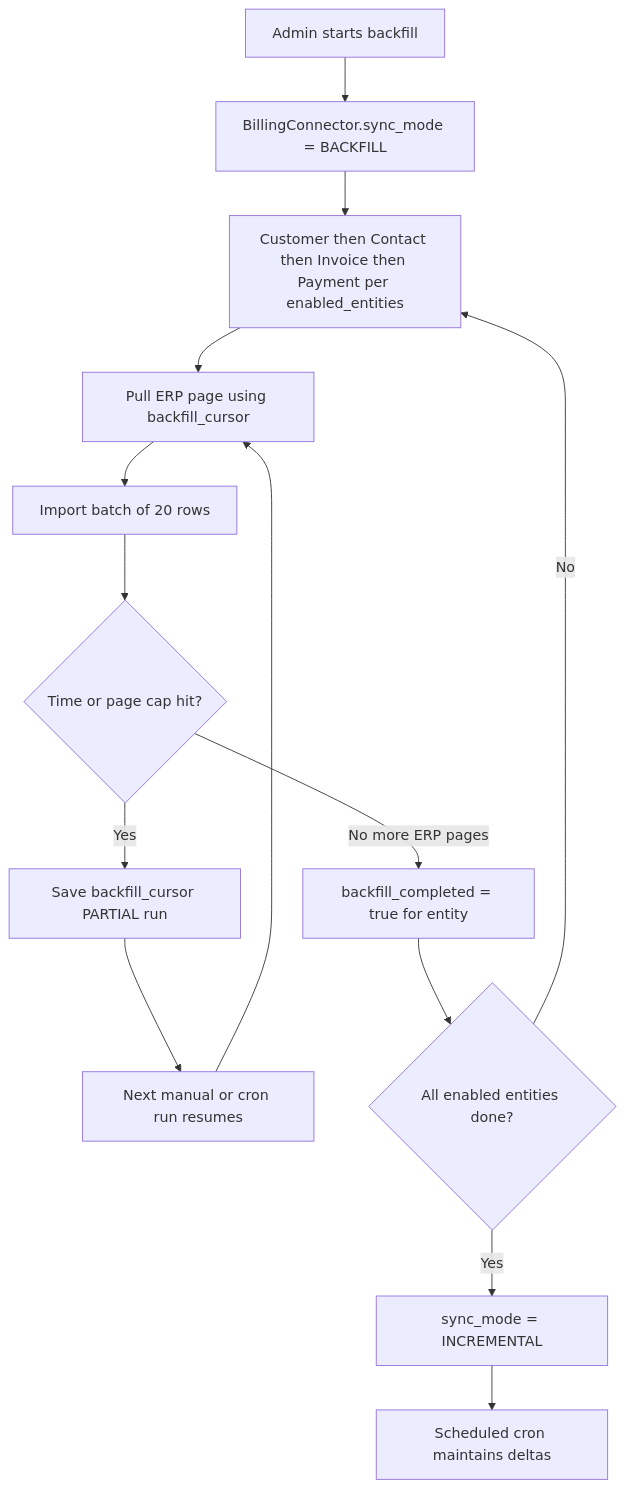
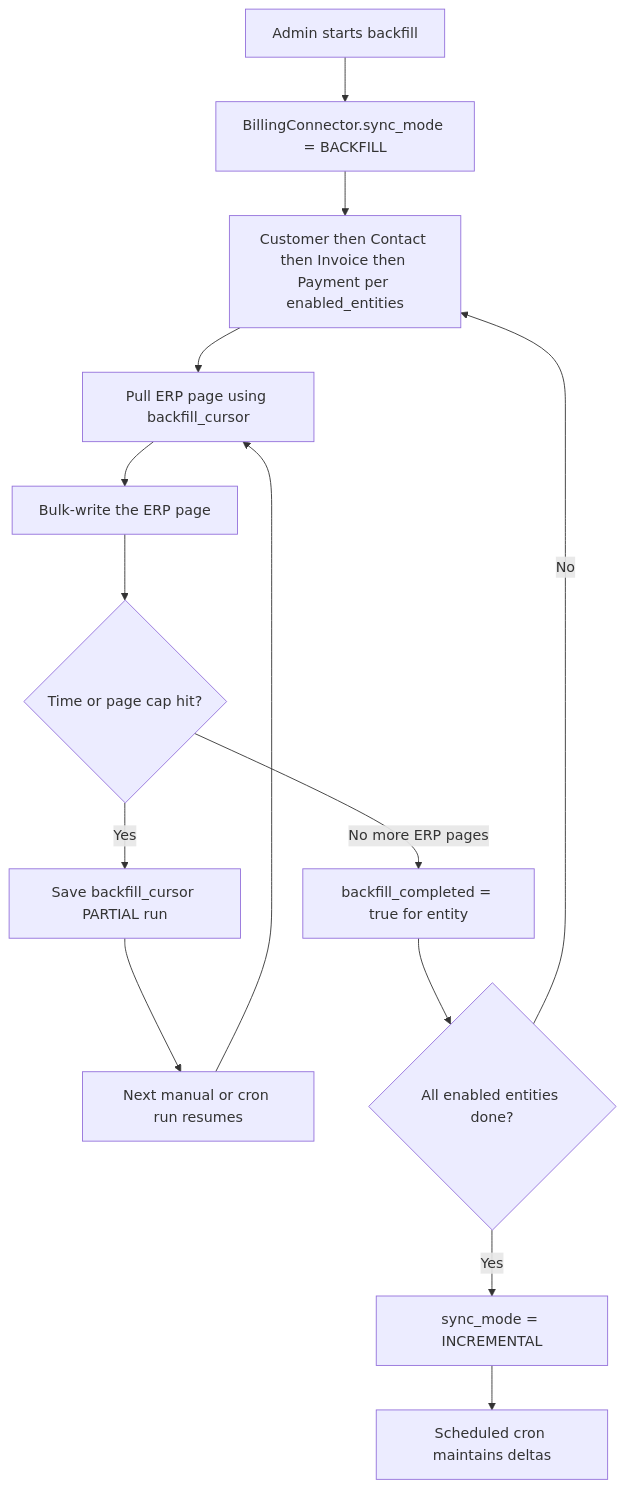
One commit to archaser-support/archaser-backend changed the third of 5 diagrams in .cursor/plans/erp_billing_connector_22321e7a.plan.md. Above: the diagram before and after it, drawn with Mermaid. The commit also changed other lines of this file and 89 other files, not shown here.

First line of the commit message:
feat: support custom Priority table pulls and bulk connector import

````diff
--- a/.cursor/plans/erp_billing_connector_22321e7a.plan.md
+++ b/.cursor/plans/erp_billing_connector_22321e7a.plan.md
@@ -864,16 +911,16 @@
 ```mermaid
 flowchart TD
   Start[Admin starts backfill] --> ModeBACKFILL[BillingConnector.sync_mode = BACKFILL]
   ModeBACKFILL --> EntityOrder[Customer then Contact then Invoice then Payment per enabled_entities]
   EntityOrder --> PullPage[Pull ERP page using backfill_cursor]
-  PullPage --> ImportBatch[Import batch of 20 rows]
+  PullPage --> ImportBatch[Bulk-write the ERP page]
   ImportBatch --> Cap{Time or page cap hit?}
   Cap -->|Yes| SaveCursor[Save backfill_cursor PARTIAL run]
   SaveCursor --> Resume[Next manual or cron run resumes]
   Cap -->|No more ERP pages| EntityDone[backfill_completed = true for entity]
   EntityDone --> AllDone{All enabled entities done?}
   AllDone -->|No| EntityOrder
   AllDone -->|Yes| ModeINCR[sync_mode = INCREMENTAL]
   ModeINCR --> Cron[Scheduled cron maintains deltas]
   Resume --> PullPage
 ```
````
